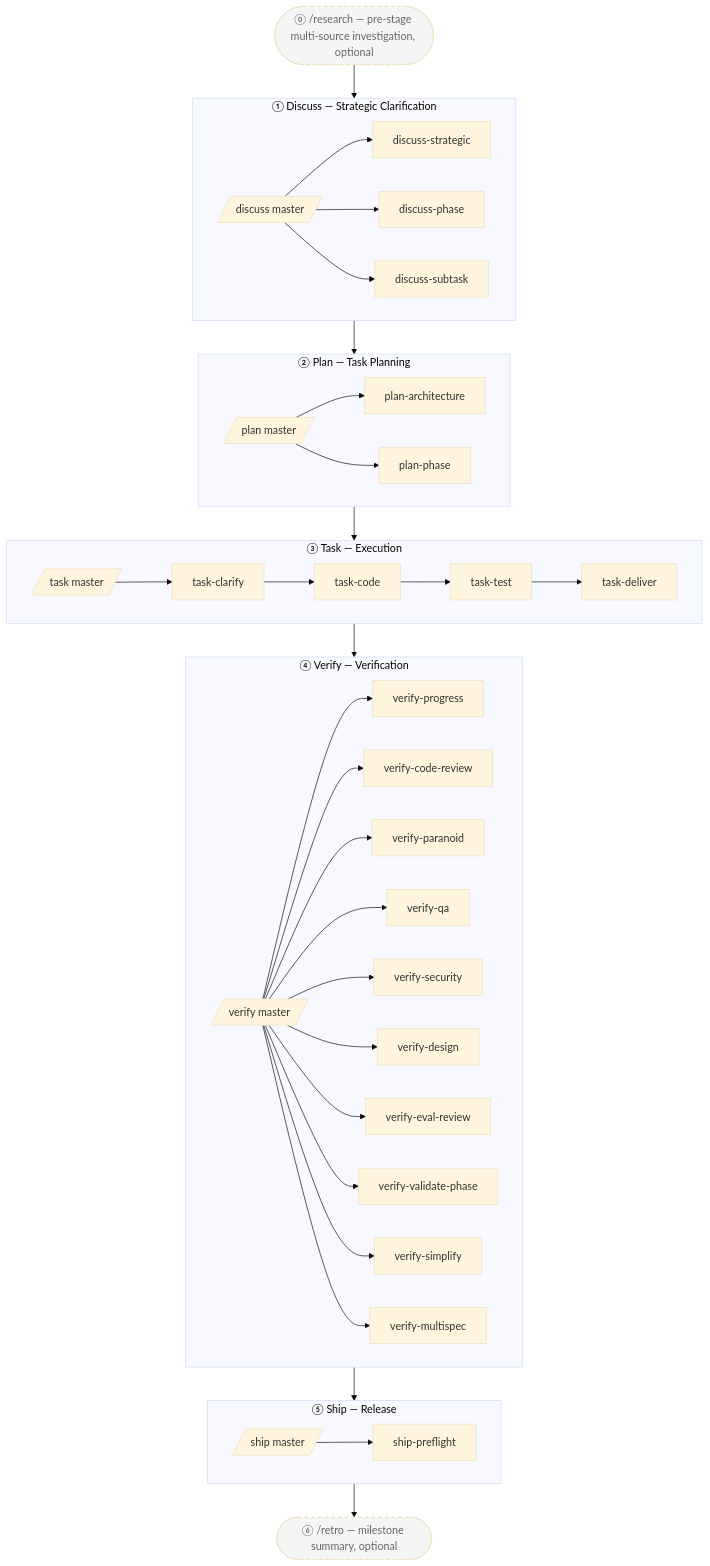
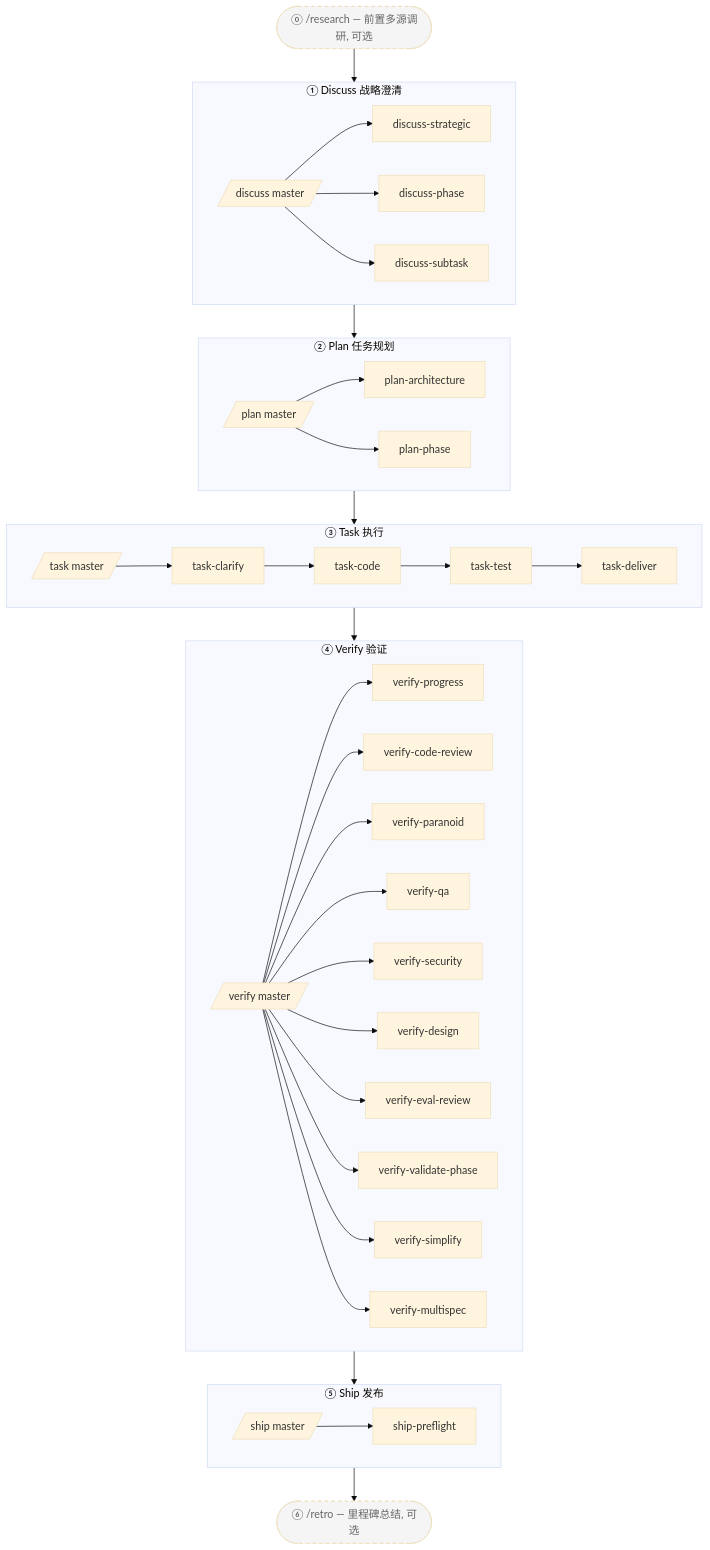
Before and after one commit to easyinplay/harnessed: the second of 2 diagrams in README.md, drawn with Mermaid (base theme). The commit also changed other lines of this file and 59 other files, not shown here.

````diff
--- a/README.md
+++ b/README.md
@@ -203,49 +201,49 @@
 ```mermaid
 graph TD
-  RS([⓪ /research — pre-stage multi-source investigation, optional]):::optional
-  subgraph Discuss[① Discuss — Strategic Clarification]
+  RS([⓪ /research — 前置多源调研, 可选]):::optional
+  subgraph Discuss[① Discuss 战略澄清]
     DM[/discuss master/]
     DS[discuss-strategic]
     DP[discuss-phase]
     DT[discuss-subtask]
     DM --> DS & DP & DT
   end
-  subgraph Plan[② Plan — Task Planning]
+  subgraph Plan[② Plan 任务规划]
     PM[/plan master/]
     PA[plan-architecture]
     PP[plan-phase]
     PM --> PA & PP
   end
-  subgraph Task[③ Task — Execution]
+  subgraph Task[③ Task 执行]
     TM[/task master/]
     TC[task-clarify]
     TCo[task-code]
     TT[task-test]
     TD[task-deliver]
     TM --> TC --> TCo --> TT --> TD
   end
-  subgraph Verify[④ Verify — Verification]
+  subgraph Verify[④ Verify 验证]
     VMs[/verify master/]
     VP[verify-progress]
     VC[verify-code-review]
     VPa[verify-paranoid]
     VQ[verify-qa]
     VS[verify-security]
     VD[verify-design]
     VE[verify-eval-review]
     VV[verify-validate-phase]
     VSi[verify-simplify]
     VM[verify-multispec]
     VMs --> VP & VC & VPa & VQ & VS & VD & VE & VV & VSi & VM
   end
-  subgraph Ship[⑤ Ship — Release]
+  subgraph Ship[⑤ Ship 发布]
     SMs[/ship master/]
     SP[ship-preflight]
     SMs --> SP
   end
-  RT([⑥ /retro — milestone summary, optional]):::optional
+  RT([⑥ /retro — 里程碑总结, 可选]):::optional
   RS --> Discuss
   Discuss --> Plan --> Task --> Verify --> Ship
   Ship --> RT
   classDef optional stroke-dasharray:5 5,fill:#f5f5f5,color:#666
 ```
````
